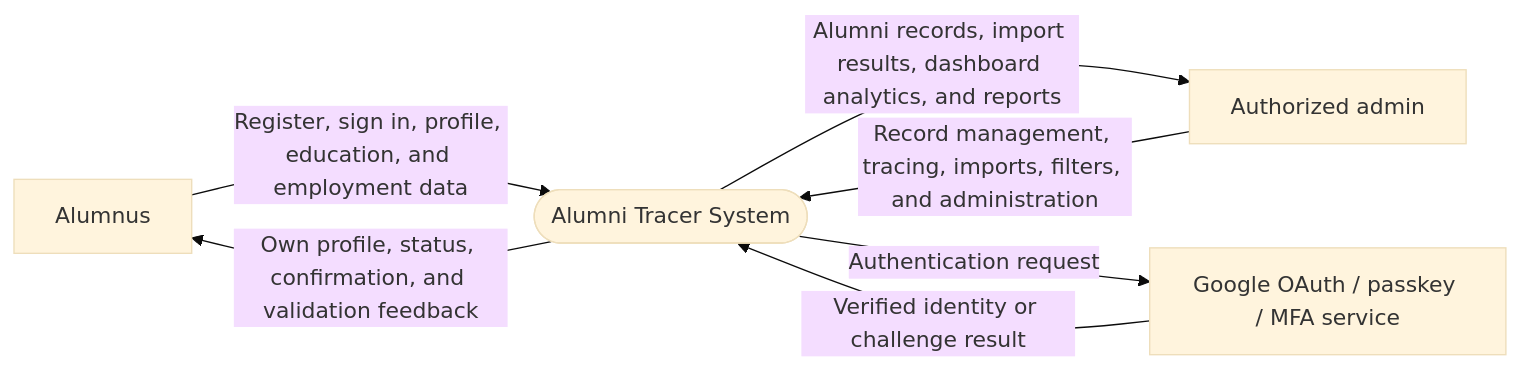
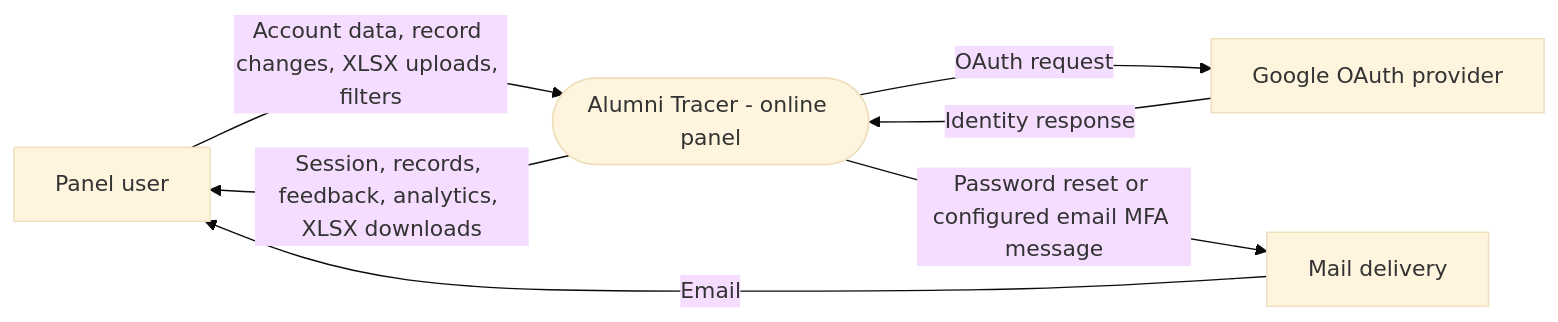
The first of 3 diagrams in data-and-process-modeling.md (zrlldy/alumni-tracer), drawn with Mermaid (base theme) before and after one commit. The commit also changed other lines of this file and 19 other files, not shown here.

Commit message:
added the alumni data report export page

````diff
--- a/data-and-process-modeling.md
+++ b/data-and-process-modeling.md
@@ -40,16 +33,13 @@
 ```mermaid
 flowchart LR
-    alumni[Alumnus]
-    admin[Authorized admin]
-    auth[Google OAuth / passkey / MFA service]
-    system([Alumni Tracer System])
-
-    alumni -->|Register, sign in, profile, education, and employment data| system
-    system -->|Own profile, status, confirmation, and validation feedback| alumni
-
-    admin -->|Record management, tracing, imports, filters, and administration| system
-    system -->|Alumni records, import results, dashboard analytics, and reports| admin
-
-    system -->|Authentication request| auth
-    auth -->|Verified identity or challenge result| system
+    U[Panel user]
+    G[Google OAuth provider]
+    M[Mail delivery]
+    S([Alumni Tracer - online panel])
+    U -->|Account data, record changes, XLSX uploads, filters| S
+    S -->|Session, records, feedback, analytics, XLSX downloads| U
+    S -->|OAuth request| G
+    G -->|Identity response| S
+    S -->|Password reset or configured email MFA message| M
+    M -->|Email| U
 ```
````
